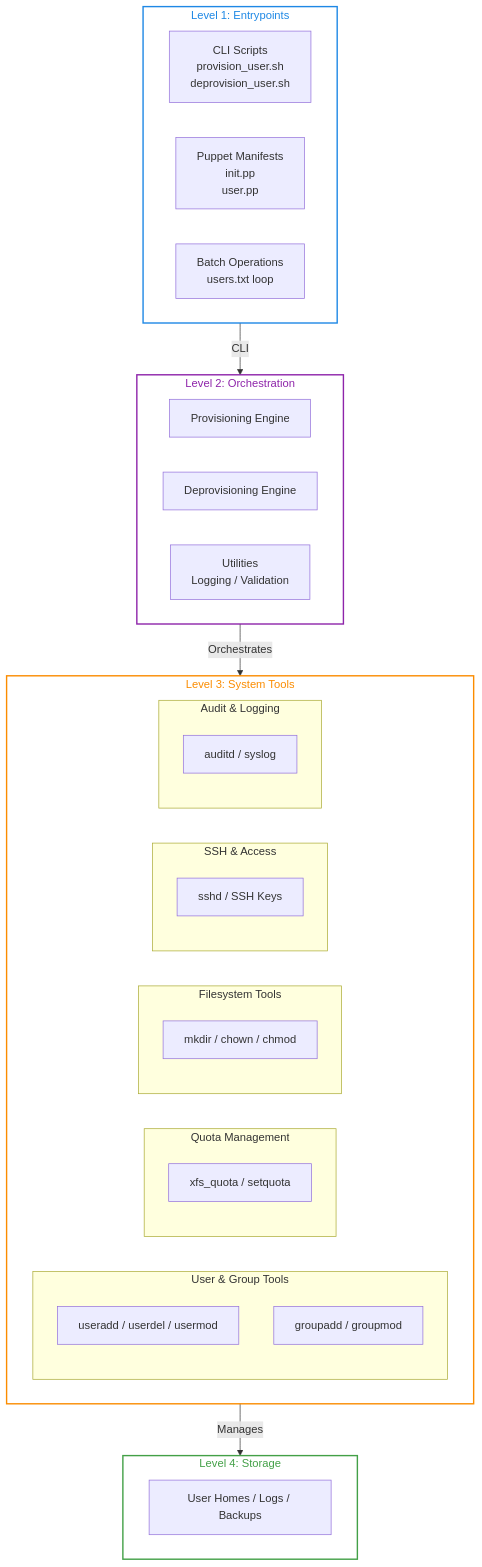
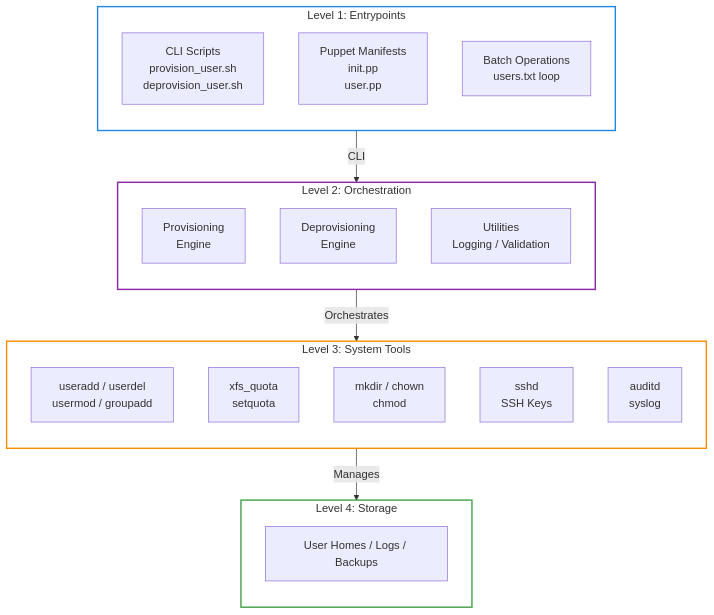
Before and after one commit to aaronwittchen/Automated-Storage-Provisioning-Tool: the second of 7 diagrams in docs/architecture.md, drawn with Mermaid. The commit also changed other lines of this file, not shown here.

First line of the commit message:
Refactor architecture documentation for clarity

````diff
--- a/docs/architecture.md
+++ b/docs/architecture.md
@@ -62,50 +66,39 @@
 ```mermaid
-graph TB
+graph TD
     subgraph L1["Level 1: Entrypoints"]
+        direction TB
         CLI["CLI Scripts<br/>provision_user.sh<br/>deprovision_user.sh"]
         Puppet_UI["Puppet Manifests<br/>init.pp<br/>user.pp"]
         Batch["Batch Operations<br/>users.txt loop"]
     end
     
     subgraph L2["Level 2: Orchestration"]
-        Prov["Provisioning Engine"]
-        Deprov["Deprovisioning Engine"]
+        direction TB
+        Prov["Provisioning<br/>Engine"]
+        Deprov["Deprovisioning<br/>Engine"]
         Utils["Utilities<br/>Logging / Validation"]
     end
 
-    %% Level 3: System Tools
     subgraph L3["Level 3: System Tools"]
-        subgraph UserMgmt["User & Group Tools"]
-            UserTools["useradd / userdel / usermod"]
-            GroupTools["groupadd / groupmod"]
-        end
-        subgraph Quotas["Quota Management"]
-            QuotaTools["xfs_quota / setquota"]
-        end
-        subgraph FileOps["Filesystem Tools"]
-            FileTools["mkdir / chown / chmod"]
-        end
-        subgraph SSH["SSH & Access"]
-            SSH_Tools["sshd / SSH Keys"]
-        end
-        subgraph Audit["Audit & Logging"]
-            Audit_Tools["auditd / syslog"]
-        end
+        direction TB
+        UserTools["useradd / userdel<br/>usermod / groupadd"]
+        QuotaTools["xfs_quota<br/>setquota"]
+        FileTools["mkdir / chown<br/>chmod"]
+        SSH_Tools["sshd<br/>SSH Keys"]
+        Audit_Tools["auditd<br/>syslog"]
     end
 
-    %% Level 4: Storage
     subgraph L4["Level 4: Storage"]
+        direction TB
         Storage["User Homes / Logs / Backups"]
     end
 
-    %% Connections
-    L1 --> |CLI| L2
-    L2 --> |Orchestrates| L3
-    L3 --> |Manages| L4
+    L1 -->|CLI| L2
+    L2 -->|Orchestrates| L3
+    L3 -->|Manages| L4
 
-    %% Styling for colored borders
-    style L1 stroke:#1e88e5,stroke-width:2px,fill:none,color:#1e88e5
-    style L2 stroke:#8e24aa,stroke-width:2px,fill:none,color:#8e24aa
-    style L3 stroke:#fb8c00,stroke-width:2px,fill:none,color:#fb8c00
-    style L4 stroke:#43a047,stroke-width:2px,fill:none,color:#43a047
+    style L1 fill:none,stroke:#1e88e5,stroke-width:2px
+    style L2 fill:none,stroke:#8e24aa,stroke-width:2px
+    style L3 fill:none,stroke:#fb8c00,stroke-width:2px
+    style L4 fill:none,stroke:#43a047,stroke-width:2px
 ```
````
